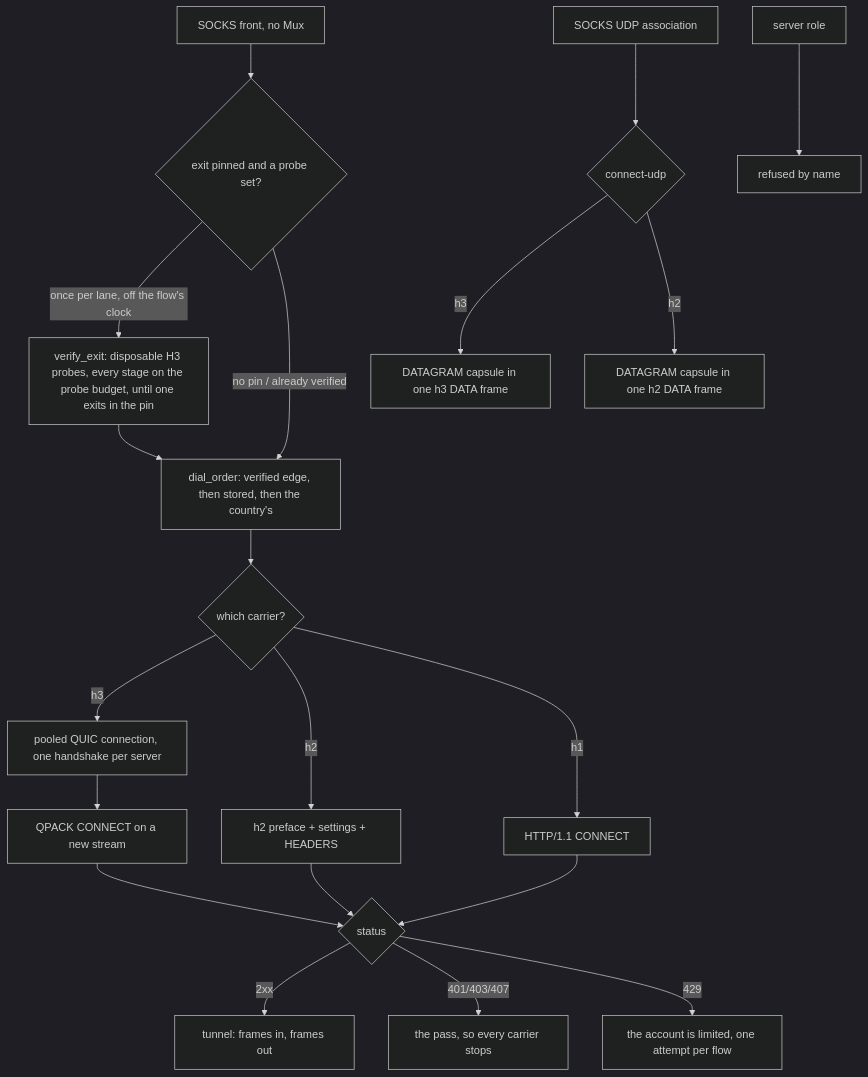
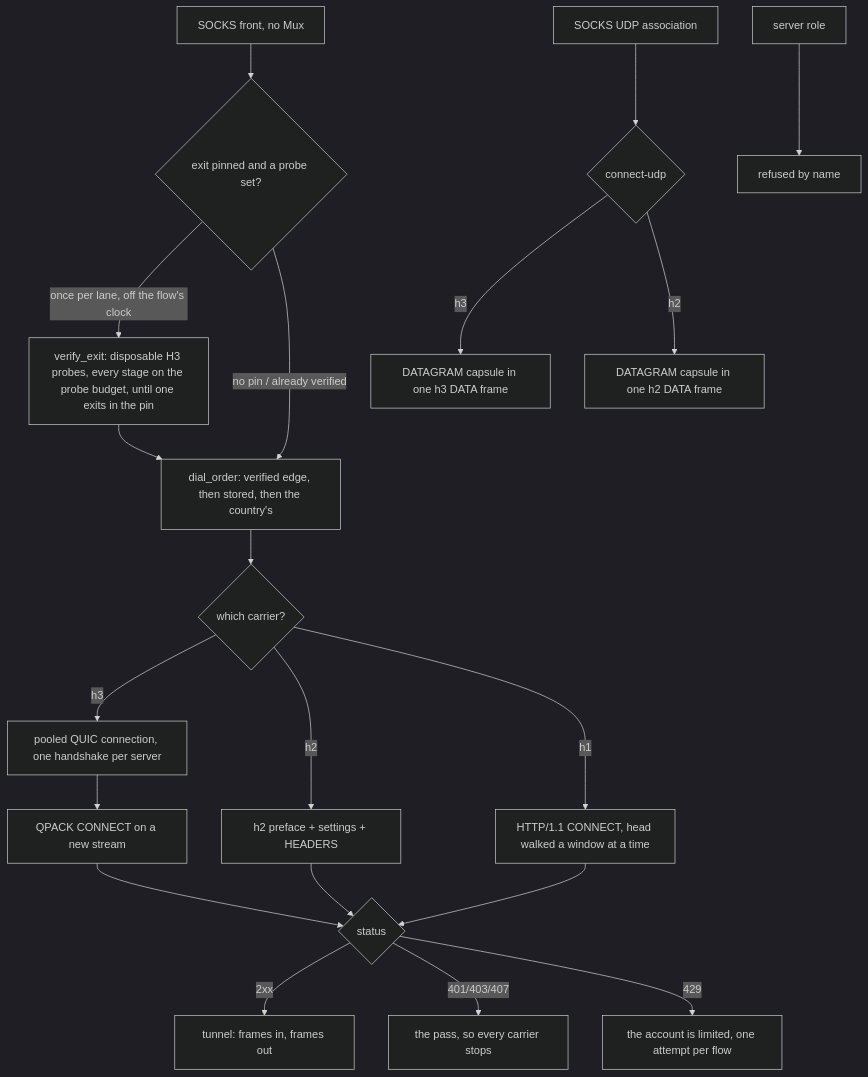
The diagram in docs/function/carrier-foxy.md (Ferrocite/ferrox), drawn with Mermaid (dark theme) before and after one commit. The commit also changed other lines of this file and 3 other files, not shown here.

Commit message:
foxy: walk the CONNECT head a window at a time and hand on what arrives with it

````diff
--- a/docs/function/carrier-foxy.md
+++ b/docs/function/carrier-foxy.md
@@ -18,22 +18,22 @@
 ```mermaid
 graph TD
     S["SOCKS front, no Mux"] --> V{"exit pinned and a probe set?"}
     V -- "once per lane, off the flow's clock" --> P["verify_exit: disposable H3 probes, every stage on the probe budget, until one exits in the pin"]
     P --> O["dial_order: verified edge, then stored, then the country's"]
     V -- "no pin / already verified" --> O
     O --> T{"which carrier?"}
     T -- h3 --> Pq["pooled QUIC connection, one handshake per server"]
     Pq --> H["QPACK CONNECT on a new stream"]
     T -- h2 --> G["h2 preface + settings + HEADERS"]
-    T -- h1 --> L["HTTP/1.1 CONNECT"]
+    T -- h1 --> L["HTTP/1.1 CONNECT, head walked a window at a time"]
     H --> R{"status"}
     G --> R
     L --> R
     R -- 2xx --> D["tunnel: frames in, frames out"]
     R -- 401/403/407 --> X["the pass, so every carrier stops"]
     R -- 429 --> Y["the account is limited, one attempt per flow"]
     U["SOCKS UDP association"] --> Q{"connect-udp"}
     Q -- h3 --> C["DATAGRAM capsule in one h3 DATA frame"]
     Q -- h2 --> E["DATAGRAM capsule in one h2 DATA frame"]
     H2S["server role"] --> N["refused by name"]
 ```
````
